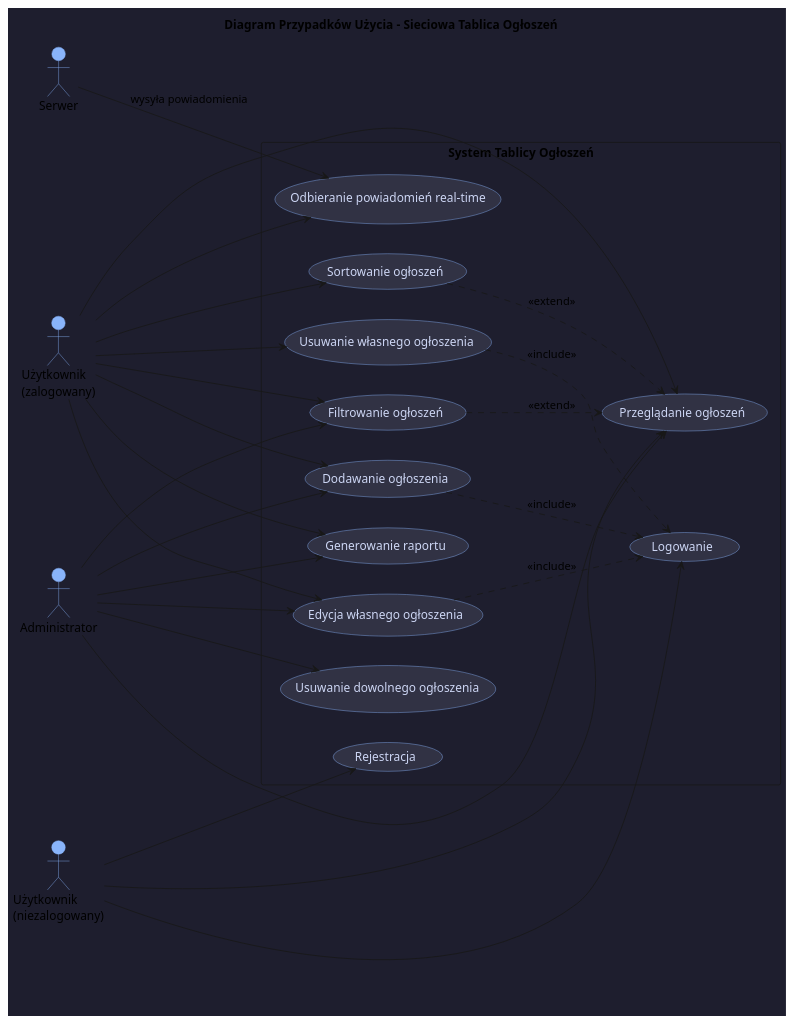
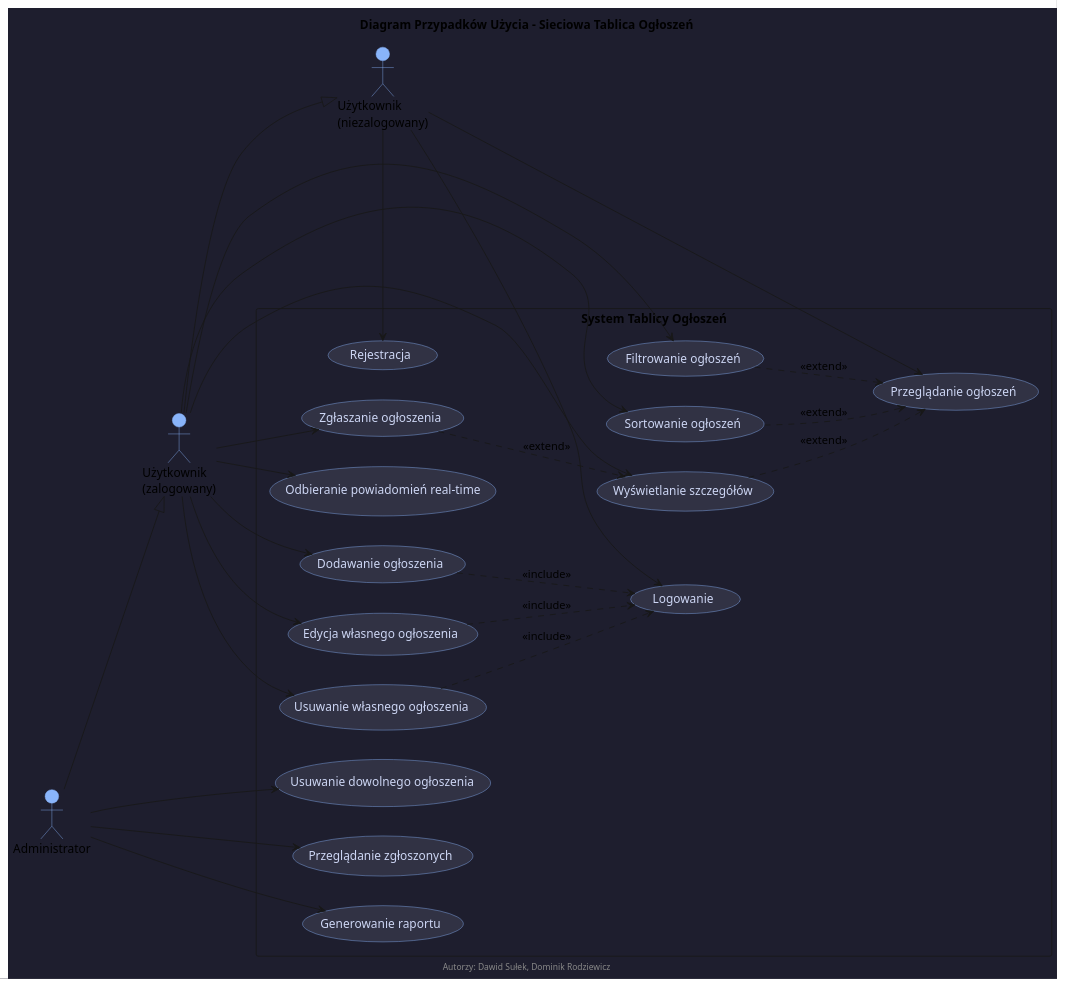
Before and after one commit to Skepciak/Projekt-7-SiecowaTablicaOgloszen-Studia: the second of 2 diagrams in dokumentacja.puml, drawn with PlantUML. The commit also changed other lines of this file and 38 other files, not shown here.

Commit message:
Dodano: system zgloszen, popularnosc, raporty, UI admin + sprawozdanie LaTeX + diagramy UML

```diff
--- a/dokumentacja.puml
+++ b/dokumentacja.puml
@@ -194,63 +219,80 @@
 @startuml Diagram_Przypadkow_Uzycia
 left to right direction
 skinparam backgroundColor #1e1e2e
 skinparam usecase {
     BackgroundColor #313244
     BorderColor #89b4fa
     FontColor #cdd6f4
 }
 skinparam actor {
     BackgroundColor #89b4fa
     BorderColor #89b4fa
 }
 
 title Diagram Przypadków Użycia - Sieciowa Tablica Ogłoszeń
+footer Autorzy: Dawid Sułek, Dominik Rodziewicz
 
 actor "Użytkownik\n(niezalogowany)" as Guest
 actor "Użytkownik\n(zalogowany)" as User
 actor "Administrator" as Admin
-actor "Serwer" as Server
 
 rectangle "System Tablicy Ogłoszeń" {
+    ' Podstawowe
     usecase "Rejestracja" as UC_REG
     usecase "Logowanie" as UC_LOG
     usecase "Przeglądanie ogłoszeń" as UC_VIEW
     usecase "Filtrowanie ogłoszeń" as UC_FILTER
     usecase "Sortowanie ogłoszeń" as UC_SORT
+    
+    ' Zalogowany użytkownik
     usecase "Dodawanie ogłoszenia" as UC_ADD
     usecase "Edycja własnego ogłoszenia" as UC_EDIT
     usecase "Usuwanie własnego ogłoszenia" as UC_DEL
+    usecase "Wyświetlanie szczegółów" as UC_DETAILS
+    usecase "Zgłaszanie ogłoszenia" as UC_REPORT_AD
+    
+    ' Administrator
     usecase "Usuwanie dowolnego ogłoszenia" as UC_ADMIN_DEL
+    usecase "Przeglądanie zgłoszonych" as UC_VIEW_REPORTED
     usecase "Generowanie raportu" as UC_REPORT
+    
+    ' System
     usecase "Odbieranie powiadomień real-time" as UC_PUSH
 }
 
+' Niezalogowany
 Guest --> UC_REG
 Guest --> UC_LOG
 Guest --> UC_VIEW
 
-User --> UC_VIEW
+' Dziedziczenie
+User --|> Guest
+
+' Zalogowany użytkownik
 User --> UC_FILTER
 User --> UC_SORT
 User --> UC_ADD
 User --> UC_EDIT
 User --> UC_DEL
-User --> UC_REPORT
+User --> UC_DETAILS
+User --> UC_REPORT_AD
 User --> UC_PUSH
 
-Admin --> UC_VIEW
-Admin --> UC_FILTER
-Admin --> UC_ADD
-Admin --> UC_EDIT
+' Administrator dziedziczy po użytkowniku
+Admin --|> User
+
+' Funkcje tylko dla admina
 Admin --> UC_ADMIN_DEL
+Admin --> UC_VIEW_REPORTED
 Admin --> UC_REPORT
 
-Server --> UC_PUSH : wysyła powiadomienia
-
+' Relacje include/extend
 UC_FILTER ..> UC_VIEW : <<extend>>
 UC_SORT ..> UC_VIEW : <<extend>>
 UC_ADD ..> UC_LOG : <<include>>
 UC_EDIT ..> UC_LOG : <<include>>
 UC_DEL ..> UC_LOG : <<include>>
+UC_DETAILS ..> UC_VIEW : <<extend>>
+UC_REPORT_AD ..> UC_DETAILS : <<extend>>
 
 @enduml
```
